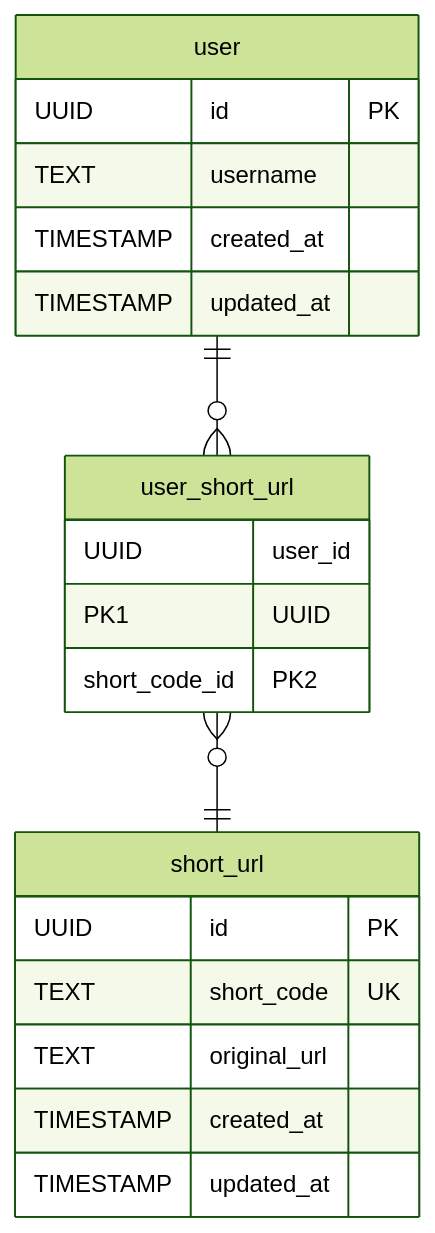
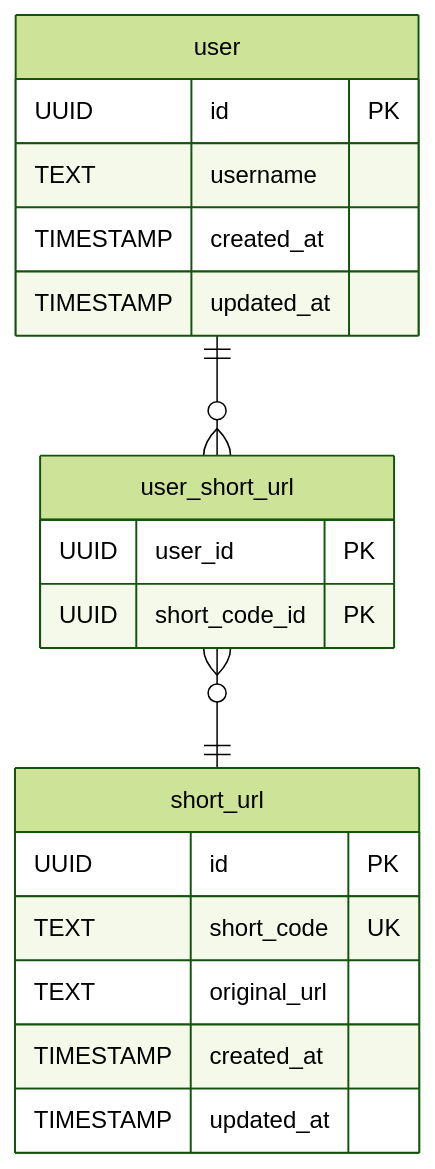
One commit to mlizandier/url-shortener changed the first of 6 diagrams in README.md. Above: the diagram before and after it, drawn with Mermaid (forest theme). The commit also changed other lines of this file, not shown here.

Commit message:
fix mermaid diagram

````diff
--- a/README.md
+++ b/README.md
@@ -47,22 +52,22 @@
 ```mermaid
 erDiagram
     user ||--o{ user_short_url: ""
     user_short_url }o--|| short_url: ""
     user {
         UUID id PK
         TEXT username
         TIMESTAMP created_at
         TIMESTAMP updated_at
     }
     user_short_url {
-        UUID user_id PK1
-        UUID short_code_id PK2
+        UUID user_id PK
+        UUID short_code_id PK
     }
     short_url {
         UUID id PK
         TEXT short_code UK
         TEXT original_url
         TIMESTAMP created_at
         TIMESTAMP updated_at
     }
 ```
````
